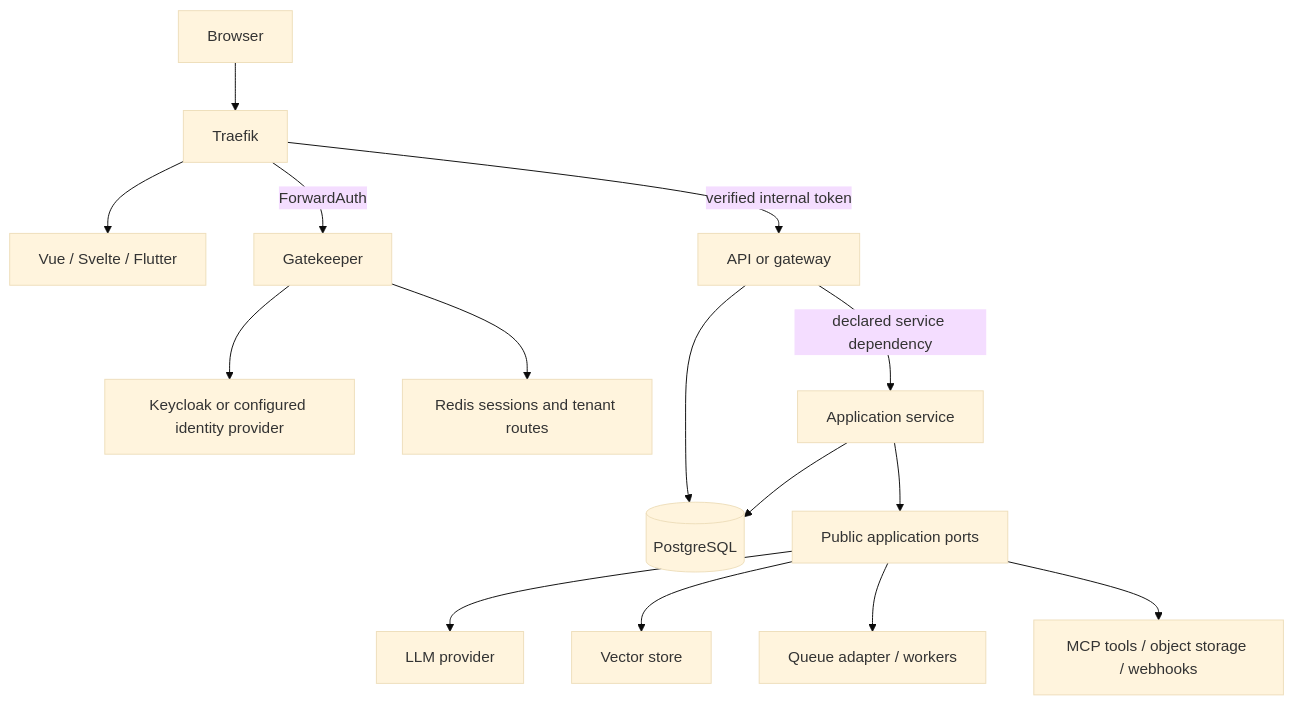
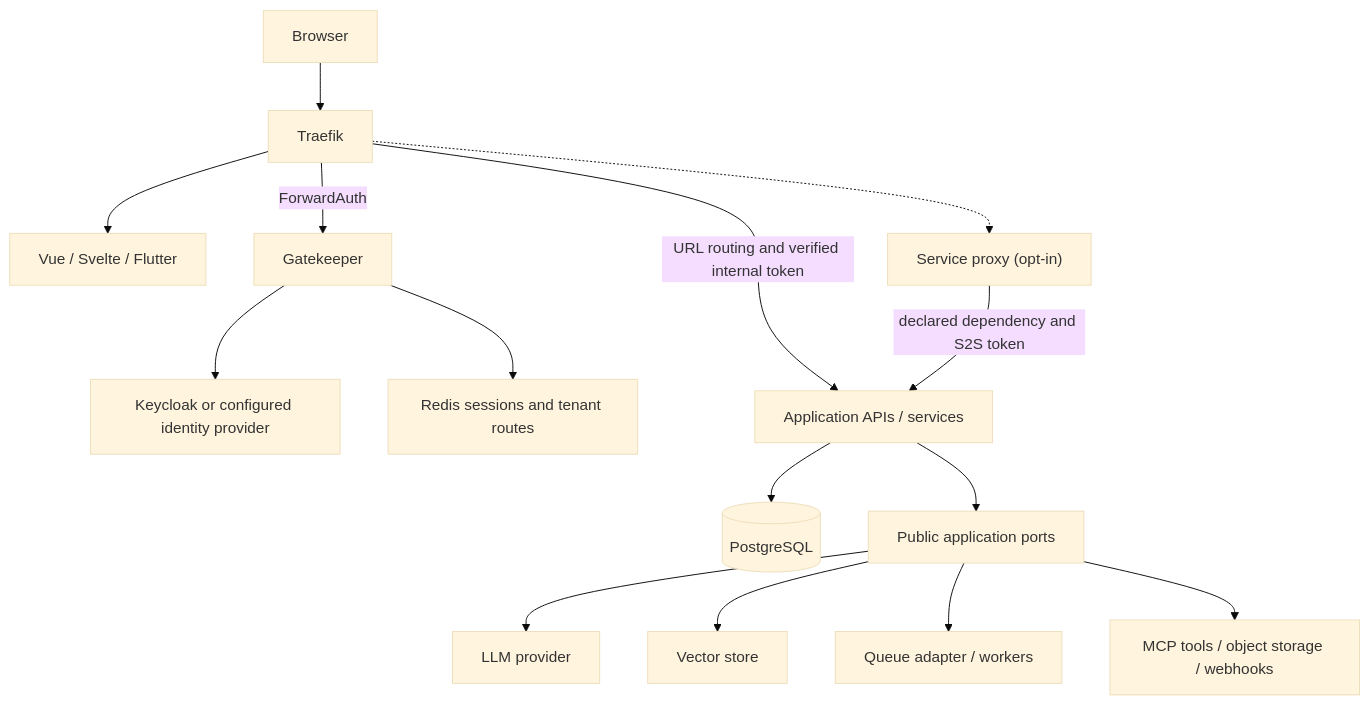
Before and after one commit to cchifor/forge: the second of 5 diagrams in docs/architecture/overview.md, drawn with Mermaid (base theme). The commit also changed other lines of this file and 15 other files, not shown here.

Commit message:
Default to direct service routing and make service proxy opt-in

````diff
--- a/docs/architecture/overview.md
+++ b/docs/architecture/overview.md
@@ -53,17 +55,17 @@
 ```mermaid
 flowchart TB
     Browser[Browser] --> Edge[Traefik]
     Edge --> UI[Vue / Svelte / Flutter]
     Edge -->|ForwardAuth| GK[Gatekeeper]
     GK --> IdP[Keycloak or configured identity provider]
     GK --> Redis[Redis sessions and tenant routes]
-    Edge -->|verified internal token| API[API or gateway]
-    API -->|declared service dependency| Service[Application service]
-    API --> PG[(PostgreSQL)]
-    Service --> PG
+    Edge -->|URL routing and verified internal token| Service[Application APIs / services]
+    Edge -.-> Proxy["Service proxy (opt-in)"]
+    Proxy -->|declared dependency and S2S token| Service
+    Service --> PG[(PostgreSQL)]
     Service --> Ports[Public application ports]
     Ports --> LLM[LLM provider]
     Ports --> Vector[Vector store]
     Ports --> Queue[Queue adapter / workers]
     Ports --> Tools[MCP tools / object storage / webhooks]
 ```
````
